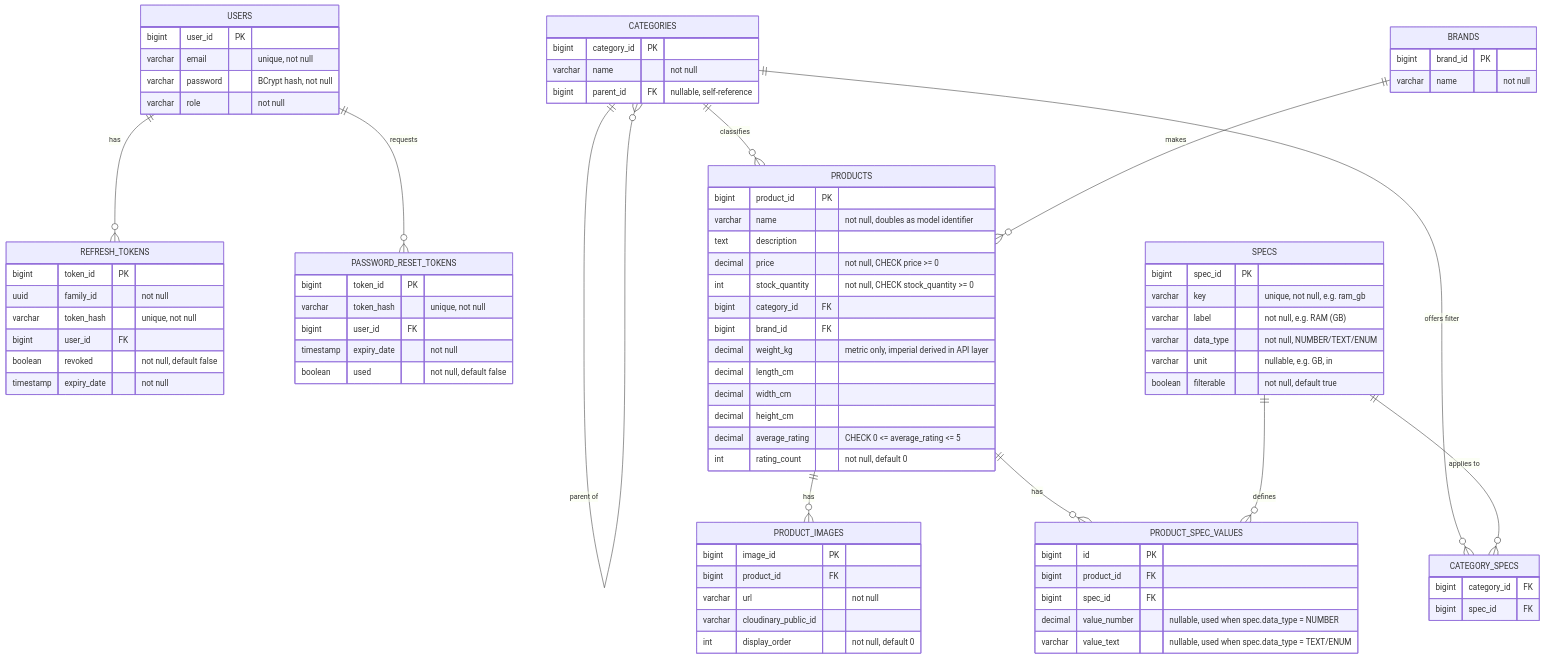
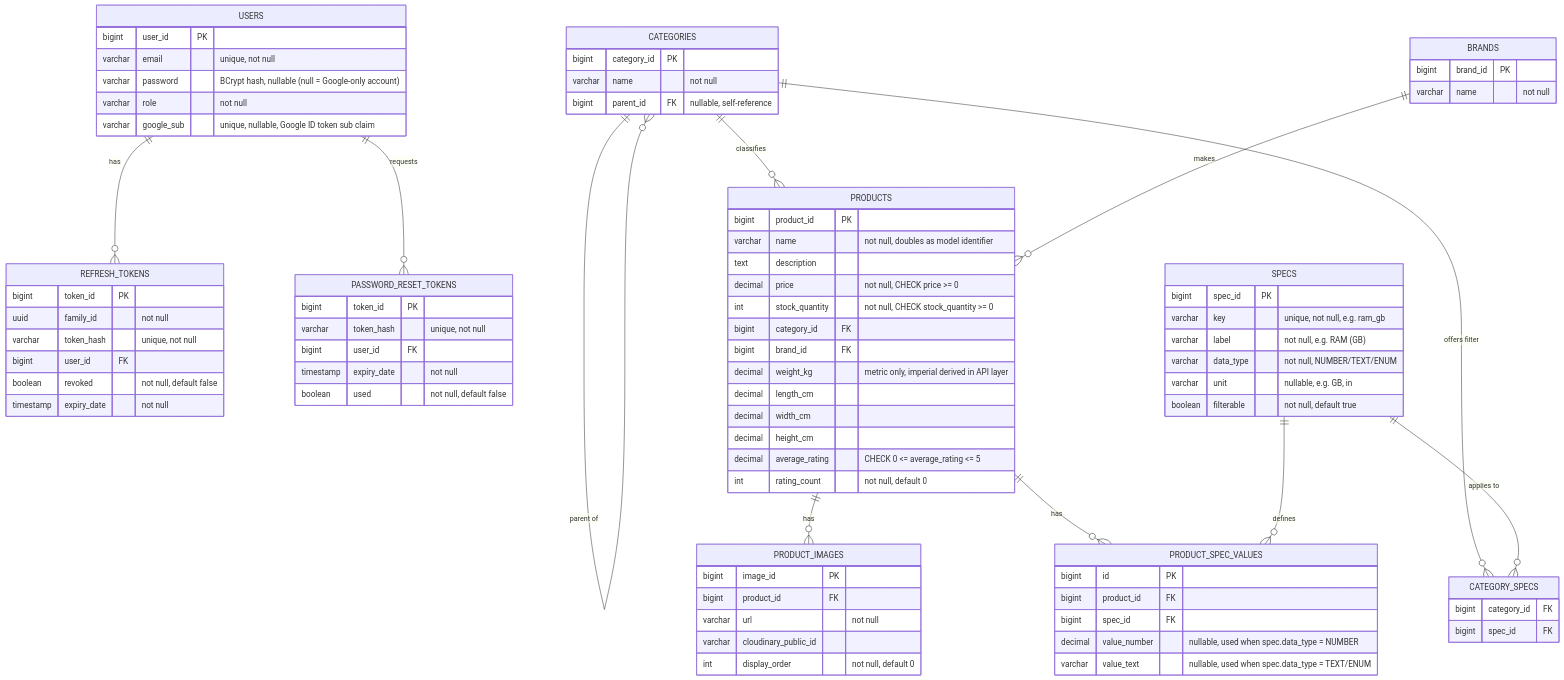
Before and after one commit to laurimusto/TechnixShop: the diagram in ERD.md, drawn with Mermaid. The commit also changed other lines of this file, not shown here.

Commit message:
docs: update ERD for Google sign-in schema (V3)

```diff
--- a/ERD.md
+++ b/ERD.md
@@ -16,8 +17,9 @@
     USERS {
         bigint user_id PK
         varchar email "unique, not null"
-        varchar password "BCrypt hash, not null"
+        varchar password "BCrypt hash, nullable (null = Google-only account)"
         varchar role "not null"
+        varchar google_sub "unique, nullable, Google ID token sub claim"
     }
     REFRESH_TOKENS {
         bigint token_id PK
```
